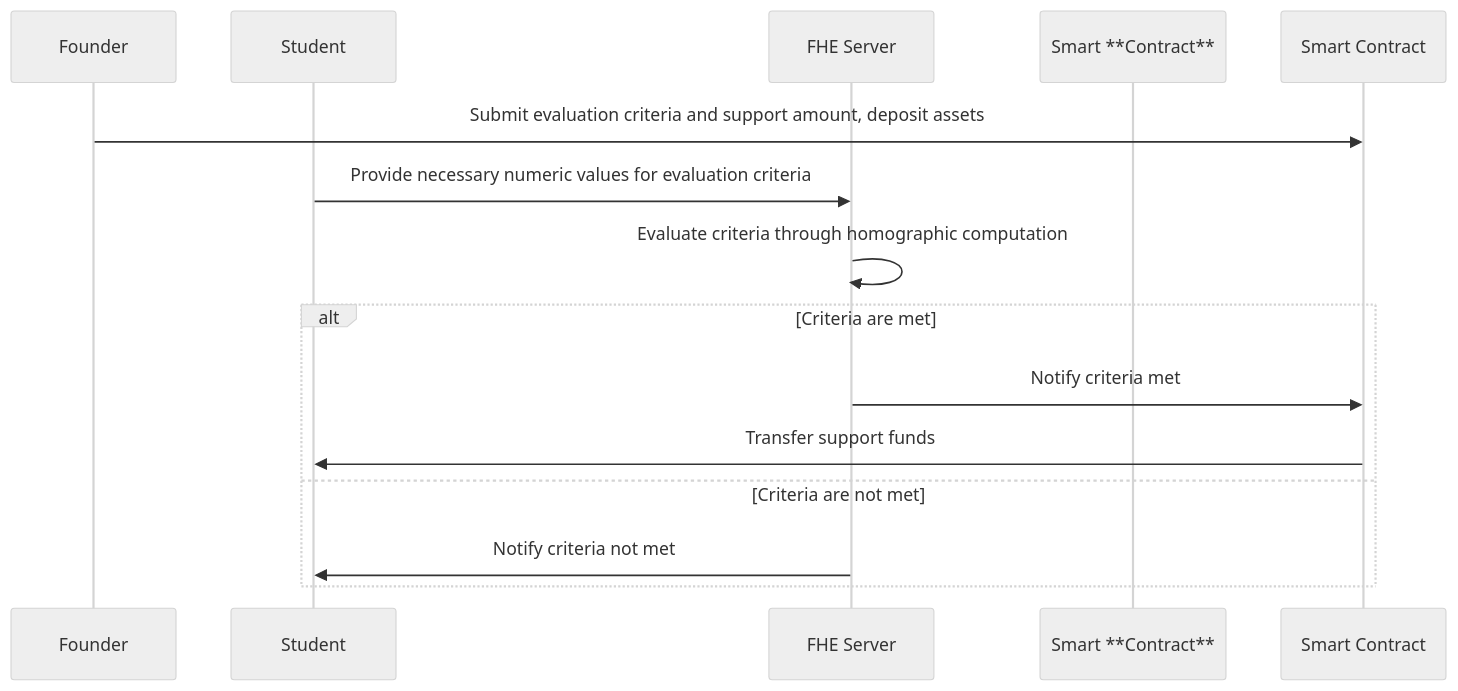
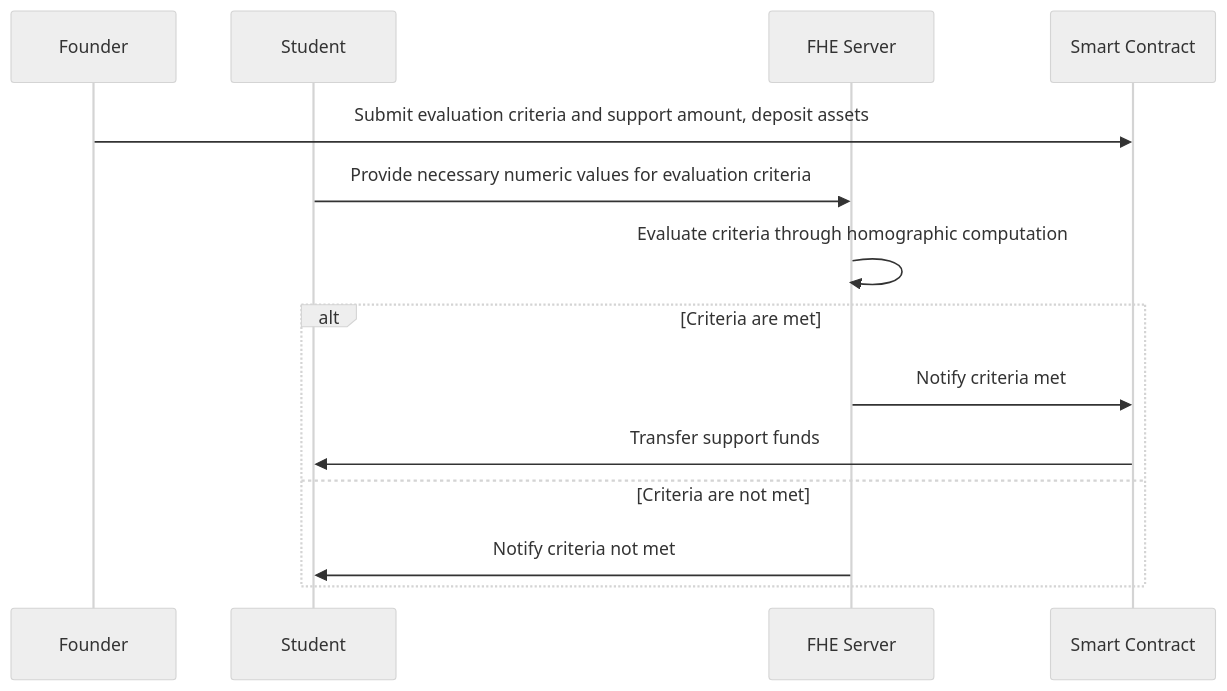
Before and after one commit to adust09/encrypted-scholarship: the diagram in doc/3.architecture.md, drawn with Mermaid (neutral theme). The commit also changed 2 other files, not shown here.

Commit message:
zkFHE to FHE

````diff
--- a/doc/3.architecture.md
+++ b/doc/3.architecture.md
@@ -9,17 +9,17 @@
 ```mermaid
 sequenceDiagram
     participant Founder
     participant Student
     participant FHE Server
-    participant Smart **Contract**
+    participant Smart Contract
 
     Founder ->> Smart Contract: Submit evaluation criteria and support amount, deposit assets
     Student ->> FHE Server: Provide necessary numeric values for evaluation criteria
     FHE Server ->> FHE Server: Evaluate criteria through homographic computation
     alt Criteria are met
         FHE Server ->> Smart Contract: Notify criteria met
         Smart Contract ->> Student: Transfer support funds
     else Criteria are not met
         FHE Server ->> Student: Notify criteria not met
     end
 ```
````
